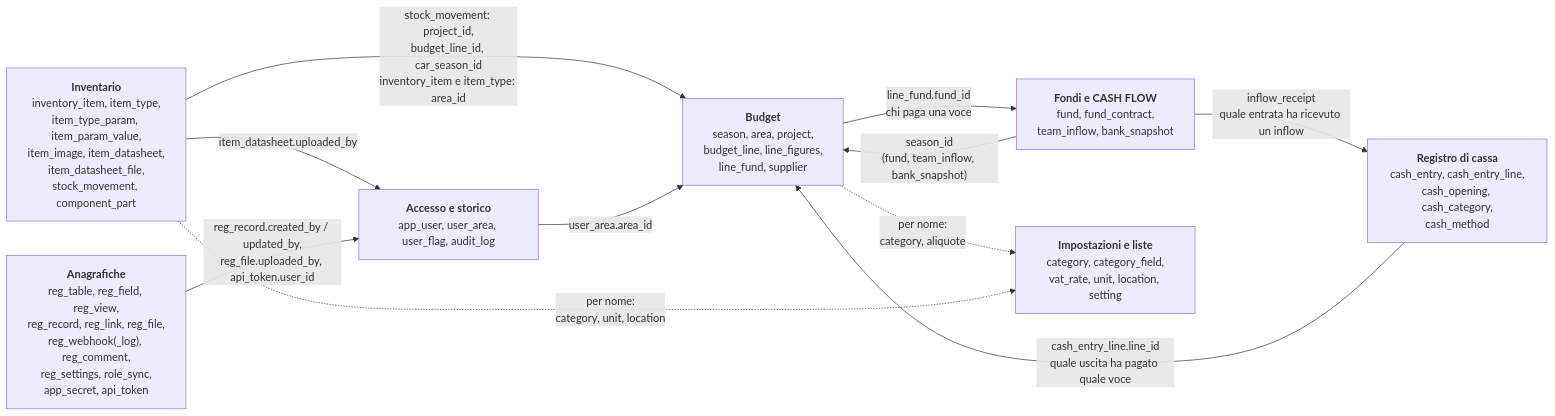
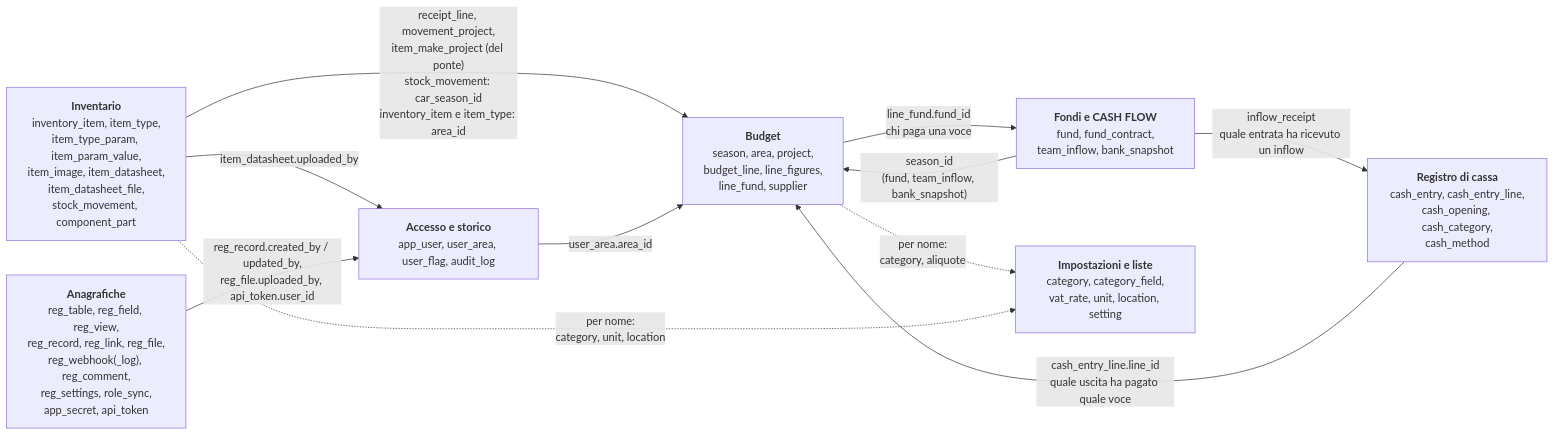
The first of 7 diagrams in docs/schema-database.md (KevinRomanello/Simple-configurable-ERP), drawn with Mermaid before and after one commit. The commit also changed other lines of this file and 83 other files, not shown here.

````diff
--- a/docs/schema-database.md
+++ b/docs/schema-database.md
@@ -20,21 +20,21 @@
 ```mermaid
 flowchart LR
   bud["<b>Budget</b><br/>season, area, project,<br/>budget_line, line_figures,<br/>line_fund, supplier"]
   fon["<b>Fondi e CASH FLOW</b><br/>fund, fund_contract,<br/>team_inflow, bank_snapshot"]
   reg["<b>Registro di cassa</b><br/>cash_entry, cash_entry_line,<br/>cash_opening, cash_category,<br/>cash_method"]
   inv["<b>Inventario</b><br/>inventory_item, item_type,<br/>item_type_param, item_param_value,<br/>item_image, item_datasheet,<br/>item_datasheet_file,<br/>stock_movement, component_part"]
   acc["<b>Accesso e storico</b><br/>app_user, user_area, user_flag, audit_log"]
   set["<b>Impostazioni e liste</b><br/>category, category_field,<br/>vat_rate, unit, location, setting"]
   ana["<b>Anagrafiche</b><br/>reg_table, reg_field, reg_view,<br/>reg_record, reg_link, reg_file,<br/>reg_webhook(_log), reg_comment,<br/>reg_settings, role_sync,<br/>app_secret, api_token"]
 
   fon -->|"season_id<br/>(fund, team_inflow, bank_snapshot)"| bud
   bud -->|"line_fund.fund_id<br/>chi paga una voce"| fon
   reg -->|"cash_entry_line.line_id<br/>quale uscita ha pagato quale voce"| bud
   fon -->|"inflow_receipt<br/>quale entrata ha ricevuto un inflow"| reg
-  inv -->|"stock_movement: project_id,<br/>budget_line_id, car_season_id<br/>inventory_item e item_type: area_id"| bud
+  inv -->|"receipt_line, movement_project,<br/>item_make_project (del ponte)<br/>stock_movement: car_season_id<br/>inventory_item e item_type: area_id"| bud
   acc -->|"user_area.area_id"| bud
   inv -->|"item_datasheet.uploaded_by"| acc
   bud -.->|"per nome:<br/>category, aliquote"| set
   inv -.->|"per nome:<br/>category, unit, location"| set
   ana -->|"reg_record.created_by / updated_by,<br/>reg_file.uploaded_by, api_token.user_id"| acc
 ```
````
